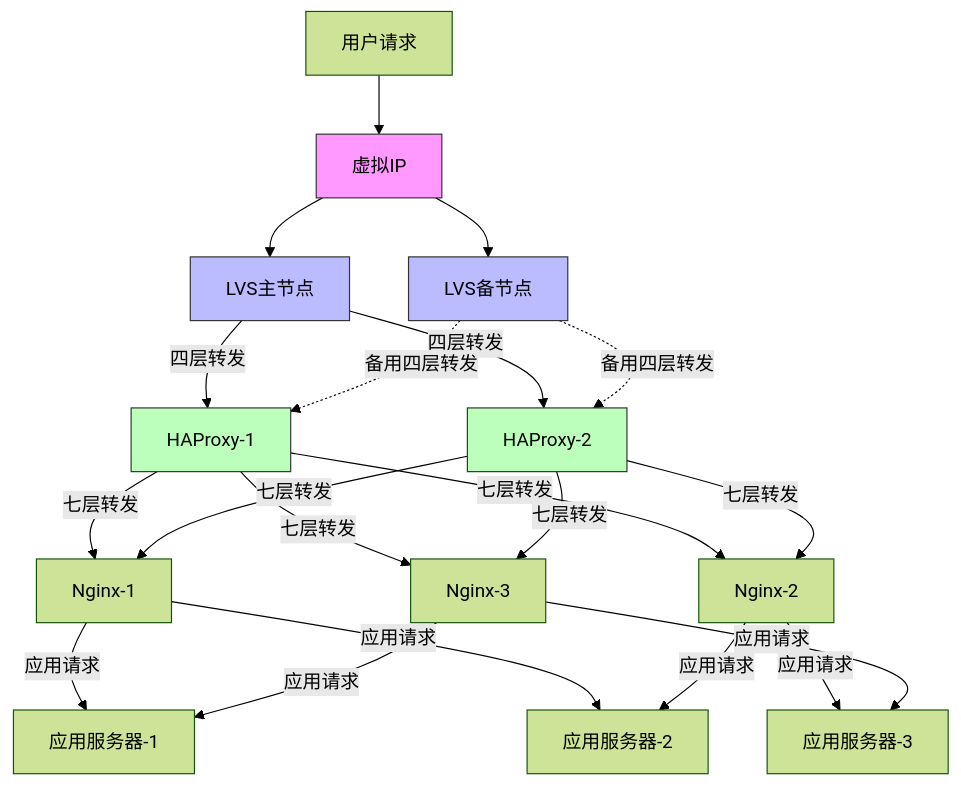
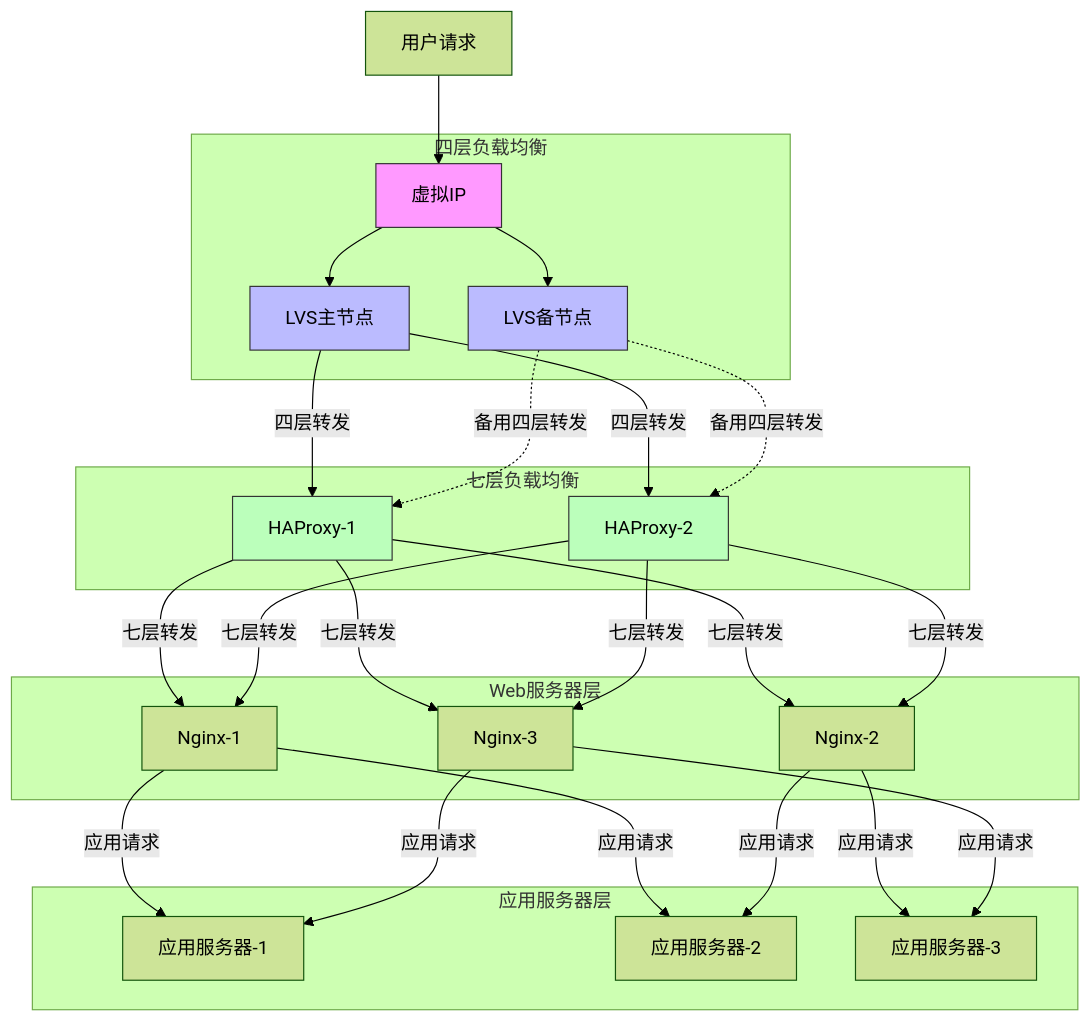
The first of 2 diagrams in Linux基础服务/day6-HAProxy.md (Tender-Liu/LinuxDevOps), drawn with Mermaid (forest theme) before and after one commit.

Commit message:
python函数编程与haproxy教学

````diff
--- a/Linux基础服务/day6-HAProxy.md
+++ b/Linux基础服务/day6-HAProxy.md
@@ -85,49 +85,72 @@
 ```mermaid
 flowchart TB
     Client[用户请求]
 
     VIP[虚拟IP]
     LVS1[LVS主节点]
     LVS2[LVS备节点]
 
     HA1[HAProxy-1]
     HA2[HAProxy-2]
 
     N1[Nginx-1]
     N2[Nginx-2]
     N3[Nginx-3]
 
     A1[应用服务器-1]
     A2[应用服务器-2]
     A3[应用服务器-3]
 
     Client --> VIP
     VIP --> LVS1
     VIP --> LVS2
     LVS1 -->|四层转发| HA1
     LVS1 -->|四层转发| HA2
     LVS2 -.->|备用四层转发| HA1
     LVS2 -.->|备用四层转发| HA2
-    
     HA1 -->|七层转发| N1
     HA1 -->|七层转发| N2
     HA1 -->|七层转发| N3
     HA2 -->|七层转发| N1
     HA2 -->|七层转发| N2
     HA2 -->|七层转发| N3
-    
     N1 -->|应用请求| A1
     N1 -->|应用请求| A2
     N2 -->|应用请求| A2
     N2 -->|应用请求| A3
     N3 -->|应用请求| A1
     N3 -->|应用请求| A3
 
     style VIP fill:#f9f,stroke:#333
     style LVS1 fill:#bbf,stroke:#333
     style LVS2 fill:#bbf,stroke:#333
     style HA1 fill:#bfb,stroke:#333
     style HA2 fill:#bfb,stroke:#333
 
+    %% 添加说明标签
+    classDef labelStyle fill:#fff,stroke:none
+    class label labelStyle
 
+    subgraph 四层负载均衡
+        LVS1
+        LVS2
+        VIP
+    end
+
+    subgraph 七层负载均衡
+        HA1
+        HA2
+    end
+
+    subgraph Web服务器层
+        N1
+        N2
+        N3
+    end
+
+    subgraph 应用服务器层
+        A1
+        A2
+        A3
+    end
 ```
````
